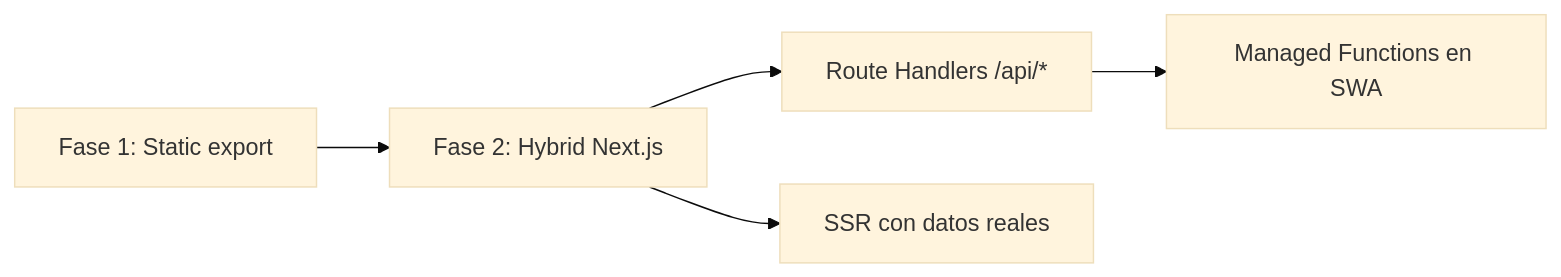
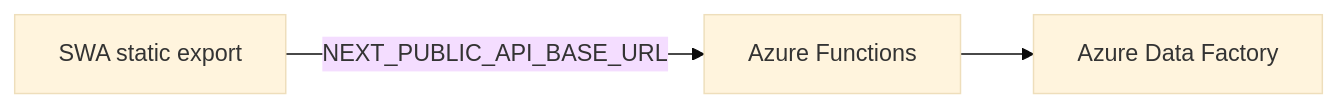
Before and after one commit to miguelgr716playful/AutomatizacionLicencias: the second of 2 diagrams in docs/DEPLOY-AZURE-SWA.md, drawn with Mermaid (base theme). The commit also changed other lines of this file and 17 other files, not shown here.

````diff
--- a/docs/DEPLOY-AZURE-SWA.md
+++ b/docs/DEPLOY-AZURE-SWA.md
@@ -314,7 +316,5 @@
 ```mermaid
 flowchart LR
-    Static["Fase 1: Static export"] --> Hybrid["Fase 2: Hybrid Next.js"]
-    Hybrid --> API["Route Handlers /api/*"]
-    Hybrid --> SSR["SSR con datos reales"]
-    API --> Fn["Managed Functions en SWA"]
+    SWA["SWA static export"] -->|"NEXT_PUBLIC_API_BASE_URL"| Fn["Azure Functions"]
+    Fn --> ADF["Azure Data Factory"]
 ```
````
